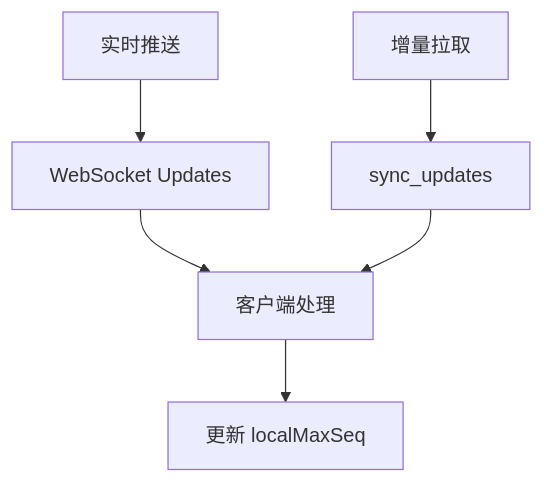
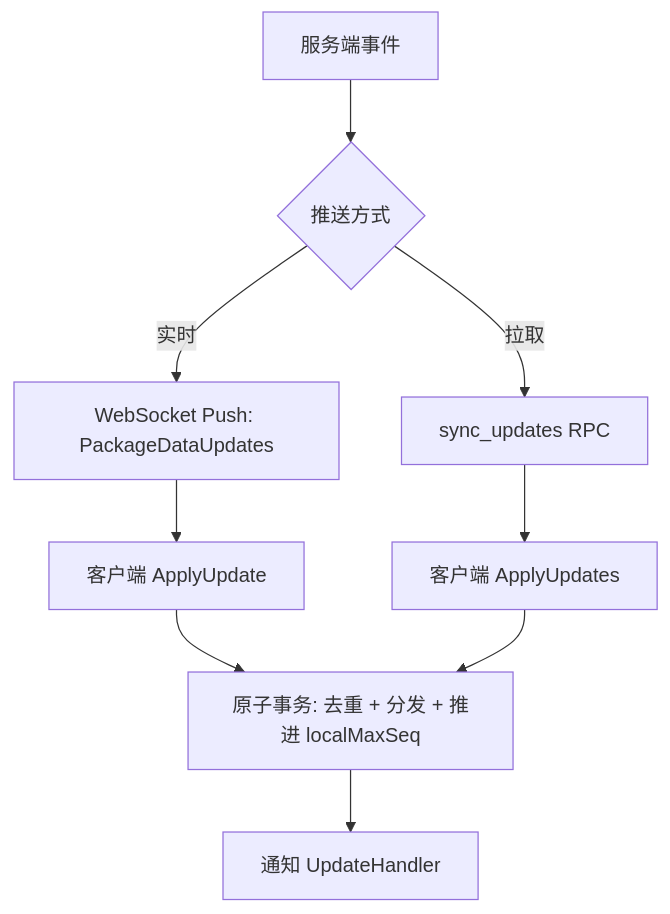
Diagram 12 of 12 in wiki/flows/sync-updates.md (PineappleBond/xyncra-server), drawn with Mermaid before and after one commit. The commit also changed other lines of this file and 21 other files, not shown here.

````diff
--- a/wiki/flows/sync-updates.md
+++ b/wiki/flows/sync-updates.md
@@ -294,10 +380,14 @@
 ```mermaid
 flowchart TD
-    A[实时推送] --> B[WebSocket Updates]
-    C[增量拉取] --> D[sync_updates]
+    A[服务端事件] --> B{推送方式}
+    B -->|实时| C[WebSocket Push: PackageDataUpdates]
+    B -->|拉取| D[sync_updates RPC]
 
-    B --> E[客户端处理]
-    D --> E
+    C --> E[客户端 ApplyUpdate]
+    D --> F[客户端 ApplyUpdates]
 
-    E --> F[更新 localMaxSeq]
+    E --> G[原子事务: 去重 + 分发 + 推进 localMaxSeq]
+    F --> G
+
+    G --> H[通知 UpdateHandler]
 ```
````
